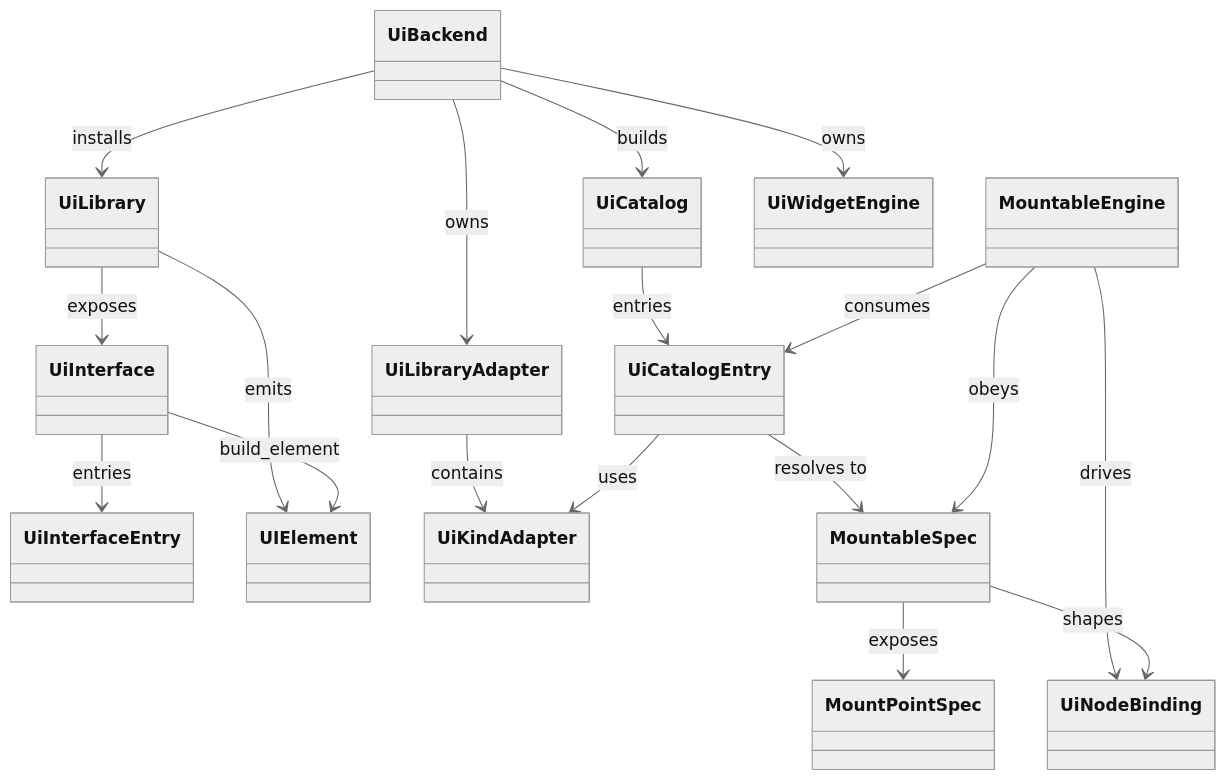
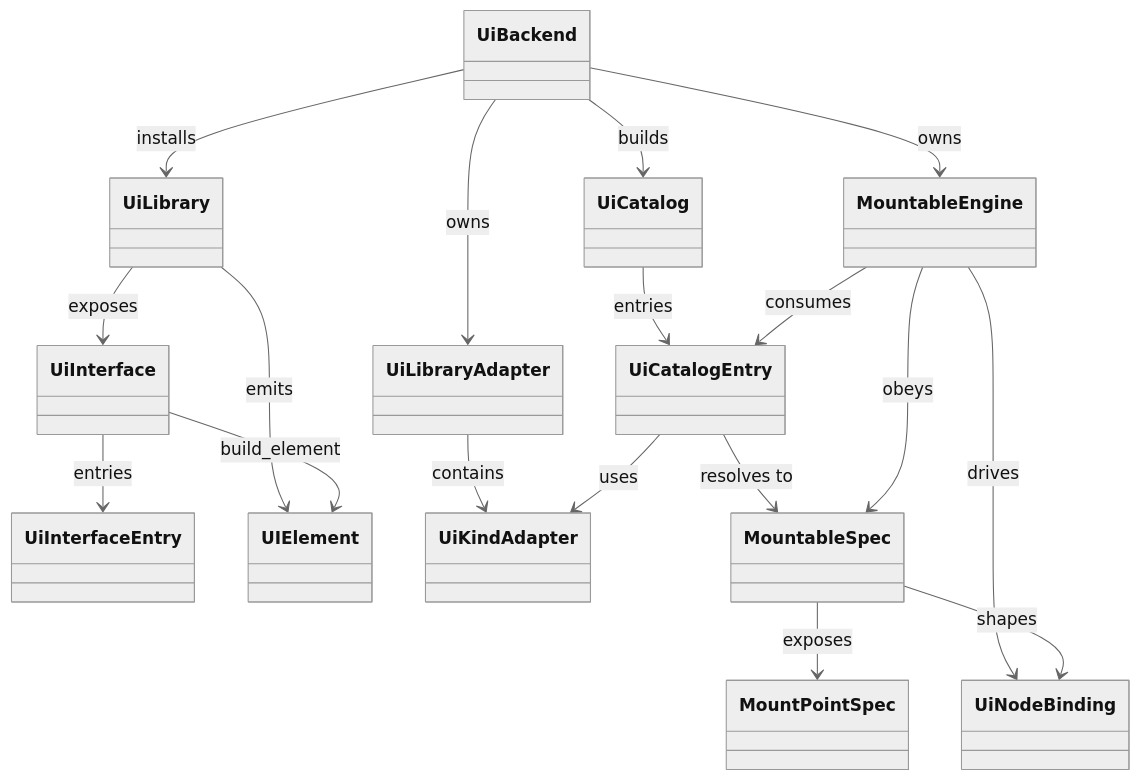
The first of 2 diagrams in dev-docs/GenericReconcilerApiProposal.md (owebeeone/pyrolyze), drawn with Mermaid (neutral theme) before and after one commit. The commit also changed other lines of this file and 8 other files, not shown here.

````diff
--- a/dev-docs/GenericReconcilerApiProposal.md
+++ b/dev-docs/GenericReconcilerApiProposal.md
@@ -911,34 +913,34 @@
 ```mermaid
 classDiagram
     class UiLibrary
     class UiInterface
     class UiInterfaceEntry
     class UIElement
     class UiBackend
     class UiLibraryAdapter
     class UiKindAdapter
     class UiCatalog
     class UiCatalogEntry
     class MountableSpec
     class MountableEngine
     class MountPointSpec
     class UiNodeBinding
 
     UiLibrary --> UIElement : emits
     UiLibrary --> UiInterface : exposes
     UiInterface --> UiInterfaceEntry : entries
     UiInterface --> UIElement : build_element
     UiBackend --> UiLibrary : installs
     UiBackend --> UiLibraryAdapter : owns
     UiBackend --> UiCatalog : builds
-    UiBackend --> UiWidgetEngine : owns
+    UiBackend --> MountableEngine : owns
     UiLibraryAdapter --> UiKindAdapter : contains
     UiCatalog --> UiCatalogEntry : entries
     UiCatalogEntry --> UiKindAdapter : uses
     UiCatalogEntry --> MountableSpec : resolves to
     MountableSpec --> MountPointSpec : exposes
     MountableEngine --> UiCatalogEntry : consumes
     MountableEngine --> UiNodeBinding : drives
     MountableEngine --> MountableSpec : obeys
     MountableSpec --> UiNodeBinding : shapes
 ```
````
